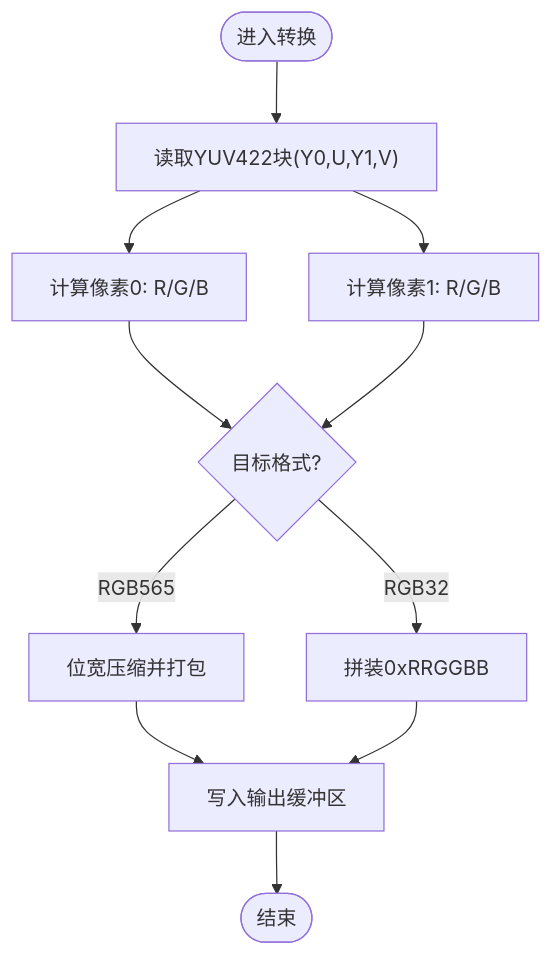
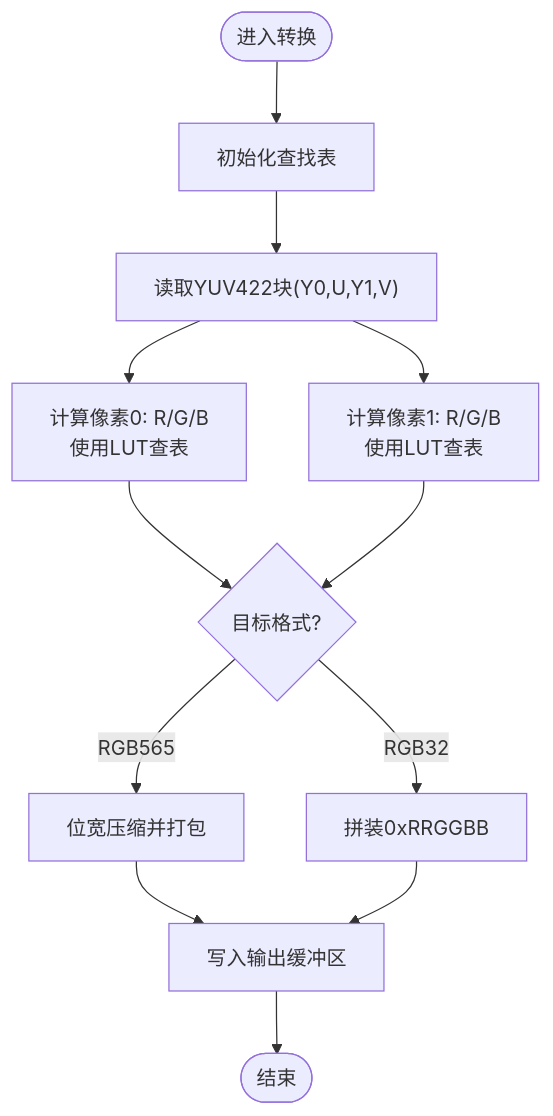
Before and after one commit to yhzpy/myLinuxCamera: the third of 6 diagrams in .qoder/repowiki/zh/content/格式转换系统/YUV到RGB转换.md, drawn with Mermaid. The commit also changed other lines of this file and 17 other files, not shown here.

````diff
--- a/.qoder/repowiki/zh/content/格式转换系统/YUV到RGB转换.md
+++ b/.qoder/repowiki/zh/content/格式转换系统/YUV到RGB转换.md
@@ -132,13 +156,14 @@
 ```mermaid
 flowchart TD
-Start(["进入转换"]) --> Read["读取YUV422块(Y0,U,Y1,V)"]
-Read --> Calc1["计算像素0: R/G/B"]
-Read --> Calc2["计算像素1: R/G/B"]
+Start(["进入转换"]) --> Init["初始化查找表"]
+Init --> Read["读取YUV422块(Y0,U,Y1,V)"]
+Read --> Calc1["计算像素0: R/G/B<br/>使用LUT查表"]
+Read --> Calc2["计算像素1: R/G/B<br/>使用LUT查表"]
 Calc1 --> Pack565{"目标格式?"}
 Calc2 --> Pack565
 Pack565 --> |RGB565| Compress["位宽压缩并打包"]
 Pack565 --> |RGB32| Pack32["拼装0xRRGGBB"]
 Compress --> Write["写入输出缓冲区"]
 Pack32 --> Write
 Write --> End(["结束"])
 ```
````
